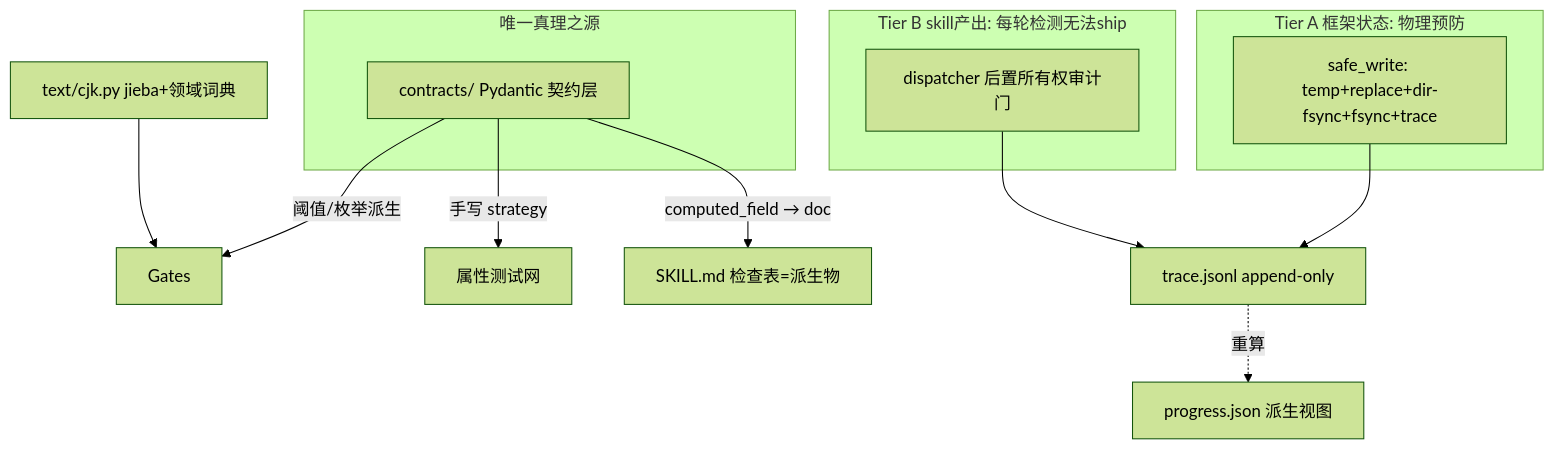
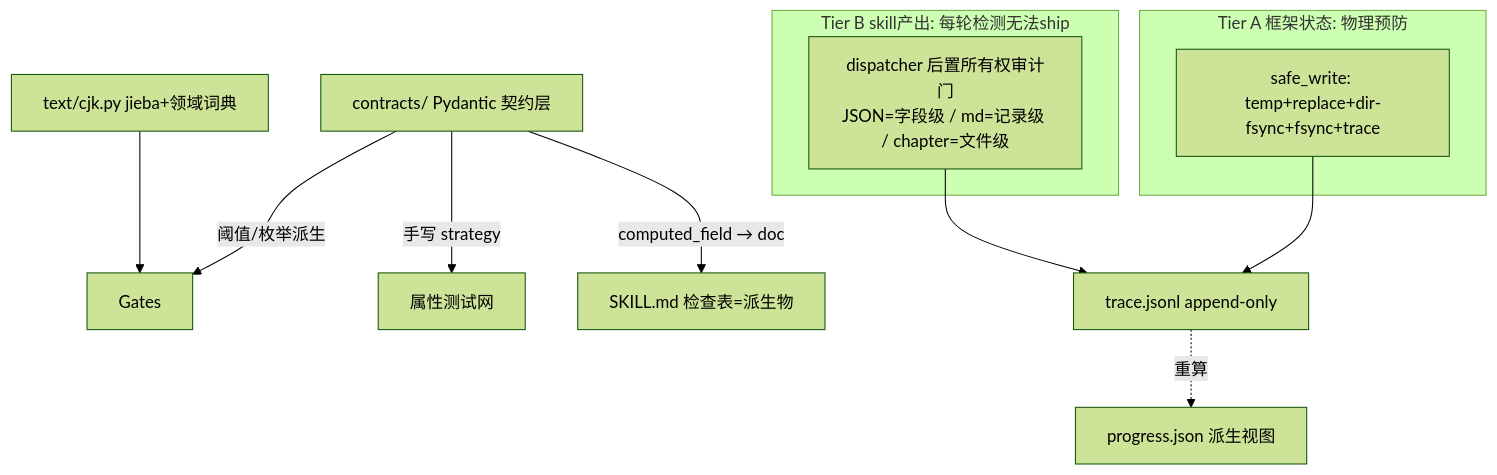
The diagram in docs/superpowers/specs/2026-06-29-contract-single-source-design.md (ThomasChangX/shenbi), drawn with Mermaid (forest theme) before and after one commit. The commit also changed other lines of this file, not shown here.

````diff
--- a/docs/superpowers/specs/2026-06-29-contract-single-source-design.md
+++ b/docs/superpowers/specs/2026-06-29-contract-single-source-design.md
@@ -92,21 +89,18 @@
 ```mermaid
 flowchart TB
-    subgraph 单源["唯一真理之源"]
-        CT["contracts/ Pydantic 契约层"]
-    end
+    CT["contracts/ Pydantic 契约层"]
     CT -->|"阈值/枚举派生"| GATES["Gates"]
     CT -->|"手写 strategy"| PROP["属性测试网"]
     CT -->|"computed_field → doc"| SKILL["SKILL.md 检查表=派生物"]
     TRACE["trace.jsonl append-only"]
     subgraph TierA["Tier A 框架状态: 物理预防"]
       SW["safe_write: temp+replace+dir-fsync+fsync+trace"]
     end
     subgraph TierB["Tier B skill产出: 每轮检测无法ship"]
-      OA["dispatcher 后置所有权审计门"]
+      OA["dispatcher 后置所有权审计门<br/>JSON=字段级 / md=记录级 / chapter=文件级"]
     end
     TRACE -.->|"重算"| PROG["progress.json 派生视图"]
     SW --> TRACE
     OA --> TRACE
-    CJK["text/cjk.py jieba+领域词典"]
-    CJK --> GATES
+    CJK["text/cjk.py jieba+领域词典"] --> GATES
 ```
````
